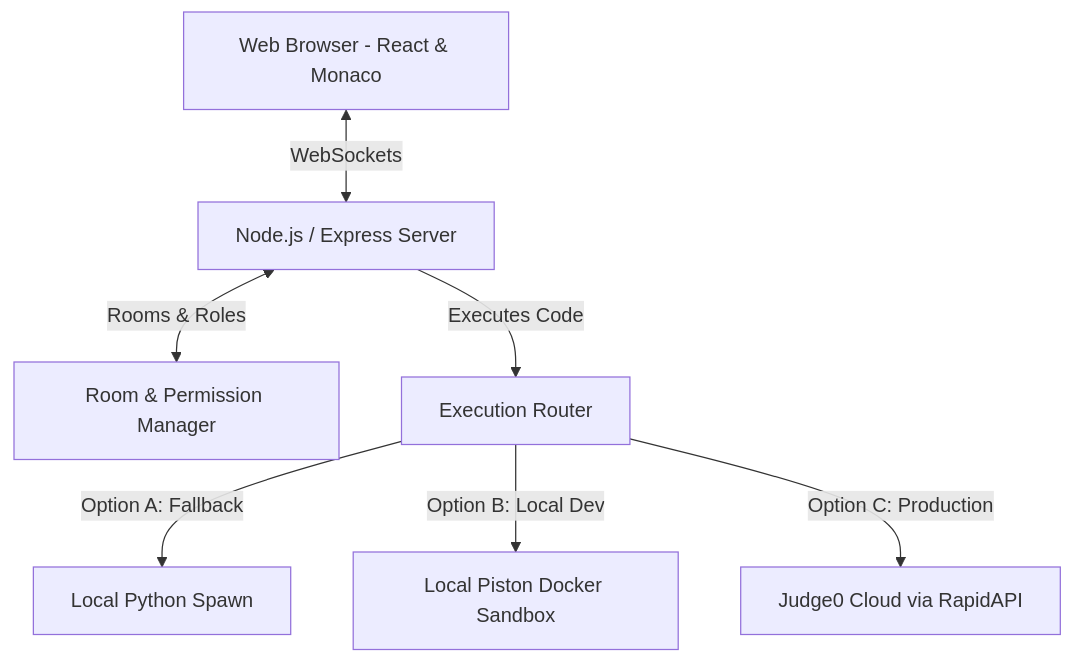
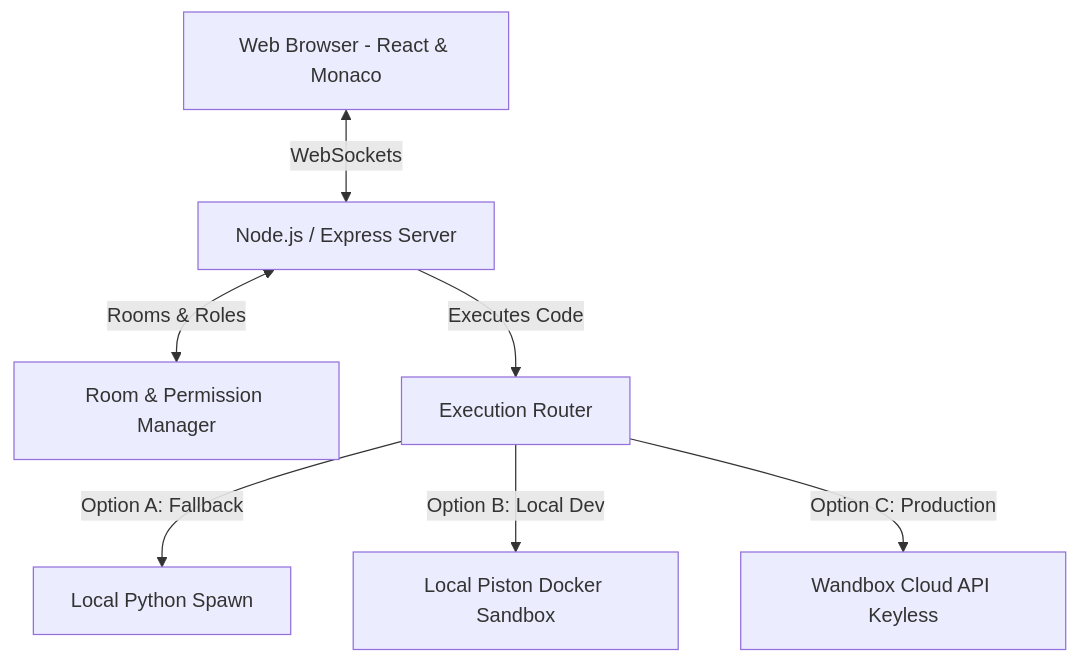
Before and after one commit to whoaryu/coderoom: the diagram in README.md, drawn with Mermaid. The commit also changed other lines of this file and 2 other files, not shown here.

````diff
--- a/README.md
+++ b/README.md
@@ -20,9 +20,9 @@
 ```mermaid
 graph TD
     Browser[Web Browser - React & Monaco] <-->|WebSockets| Express[Node.js / Express Server]
     Express <-->|Rooms & Roles| RoomManager[Room & Permission Manager]
     Express -->|Executes Code| Runner[Execution Router]
     Runner -->|Option A: Fallback| LocalPython[Local Python Spawn]
     Runner -->|Option B: Local Dev| PistonDocker[Local Piston Docker Sandbox]
-    Runner -->|Option C: Production| Judge0Cloud[Judge0 Cloud via RapidAPI]
+    Runner -->|Option C: Production| WandboxCloud[Wandbox Cloud API Keyless]
 ```
````
